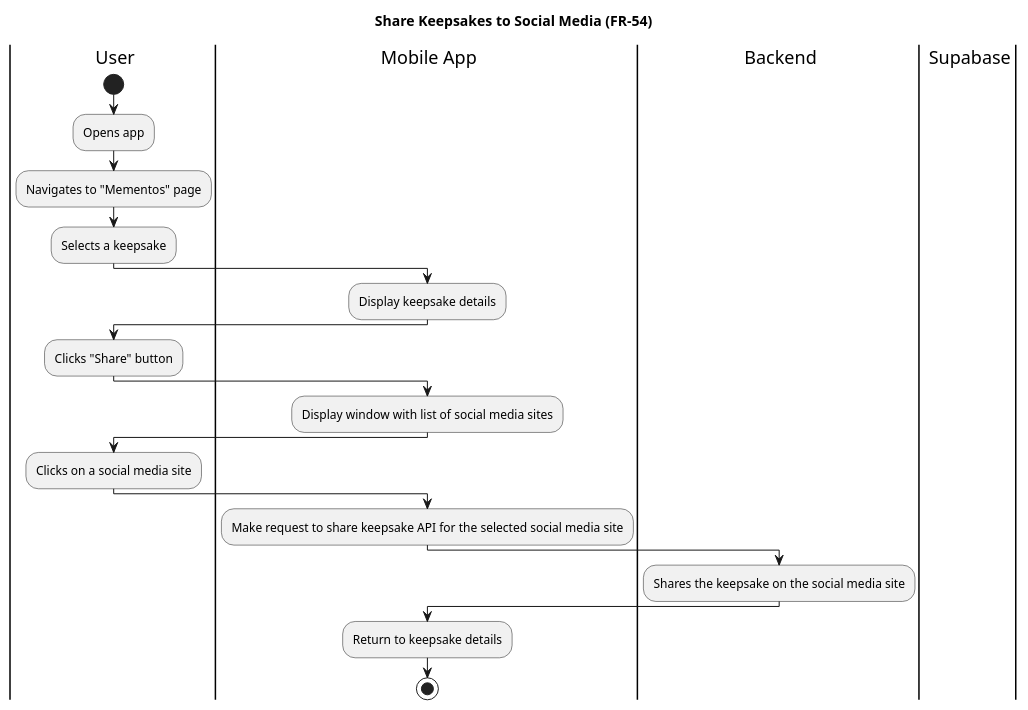
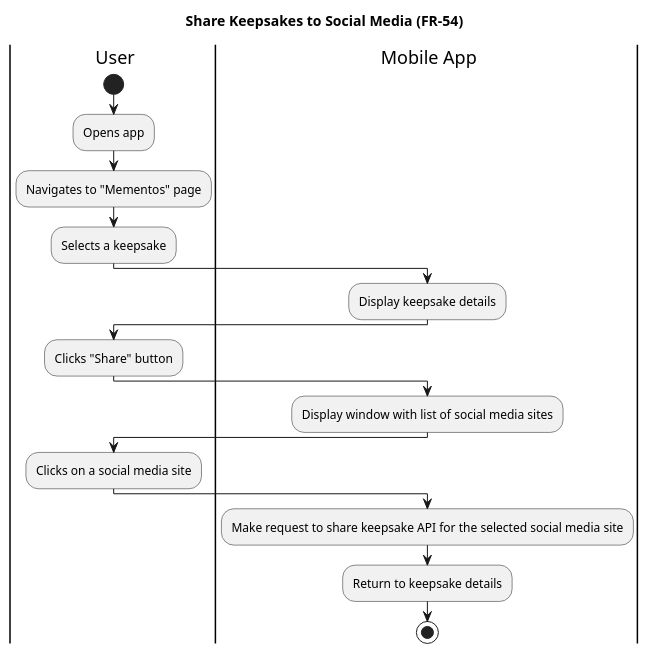
The diagram in docs/activity/social-media-integration-keepsake.puml (owencooke/memento), drawn with PlantUML before and after one commit. The commit also changed 1 other file, not shown here.

Commit message:
Soc media int keepsake + special day reminders

```diff
--- a/docs/activity/social-media-integration-keepsake.puml
+++ b/docs/activity/social-media-integration-keepsake.puml
@@ -1,37 +1,30 @@
 @startuml
 title Share Keepsakes to Social Media (FR-54)
 
 |user| User
 |mobile| Mobile App
-|backend| Backend
-|db| Supabase
 
 |user|
 start
 :Opens app;
 :Navigates to "Mementos" page;
 :Selects a keepsake;
 
 |mobile|
 :Display keepsake details;
 
 |user|
 :Clicks "Share" button;
 
 |mobile|
 :Display window with list of social media sites;
 
 |user|
 :Clicks on a social media site;
 
 |mobile|
 :Make request to share keepsake API for the selected social media site;
-
-|backend|
-:Shares the keepsake on the social media site;
-
-|mobile|
 :Return to keepsake details;
 
 stop
 @enduml
```
